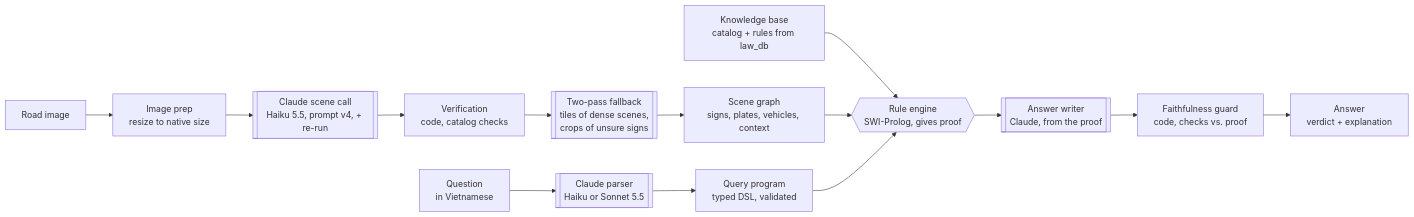
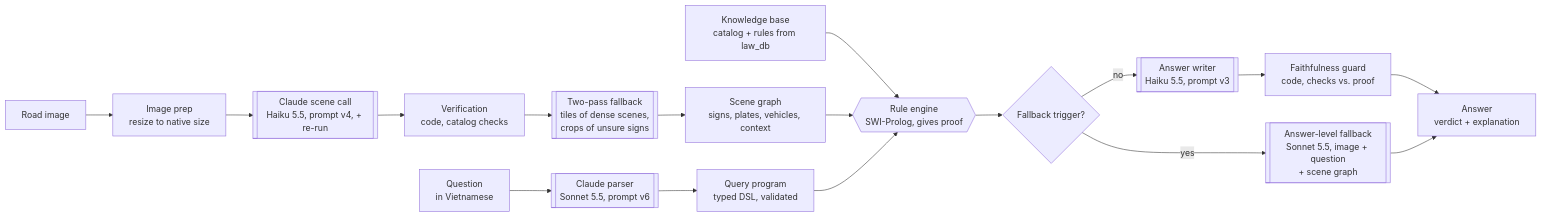
One commit to lephuocloc1729/ns-vqa changed the diagram in DESIGN.md. Above: the diagram before and after it, drawn with Mermaid. The commit also changed other lines of this file, not shown here.

First line of the commit message:
DESIGN: phase 4 as built (pipeline, writer and guard, answer fallback, replay, T1-T4, freeze, holdout result)

````diff
--- a/DESIGN.md
+++ b/DESIGN.md
@@ -24,16 +24,19 @@
 ```mermaid
 flowchart LR
     IMG[Road image] --> PREP[Image prep<br/>resize to native size]
     PREP --> SCENE[[Claude scene call<br/>Haiku 5.5, prompt v4, + re-run]]
     SCENE --> VER[Verification<br/>code, catalog checks]
     VER --> FB[[Two-pass fallback<br/>tiles of dense scenes,<br/>crops of unsure signs]]
     FB --> SG[Scene graph<br/>signs, plates, vehicles, context]
-    Q[Question<br/>in Vietnamese] --> PARSE[[Claude parser<br/>Haiku or Sonnet 5.5]]
+    Q[Question<br/>in Vietnamese] --> PARSE[[Claude parser<br/>Sonnet 5.5, prompt v6]]
     PARSE --> PROG[Query program<br/>typed DSL, validated]
     KB[Knowledge base<br/>catalog + rules from law_db] --> ENG{{Rule engine<br/>SWI-Prolog, gives proof}}
     SG --> ENG
     PROG --> ENG
-    ENG --> WRITE[[Answer writer<br/>Claude, from the proof]]
+    ENG --> TRIG{Fallback trigger?}
+    TRIG -- no --> WRITE[[Answer writer<br/>Haiku 5.5, prompt v3]]
     WRITE --> GUARD[Faithfulness guard<br/>code, checks vs. proof]
     GUARD --> ANS[Answer<br/>verdict + explanation]
+    TRIG -- yes --> AFB[[Answer-level fallback<br/>Sonnet 5.5, image + question<br/>+ scene graph]]
+    AFB --> ANS
 ```
````
